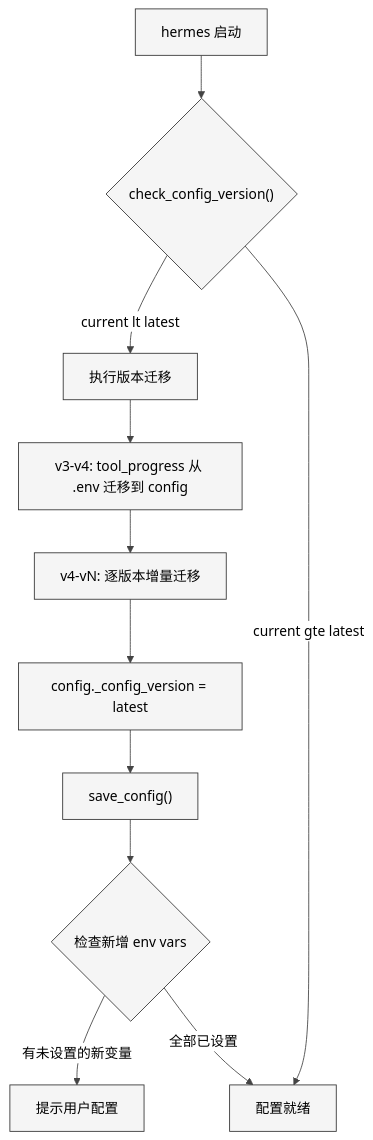
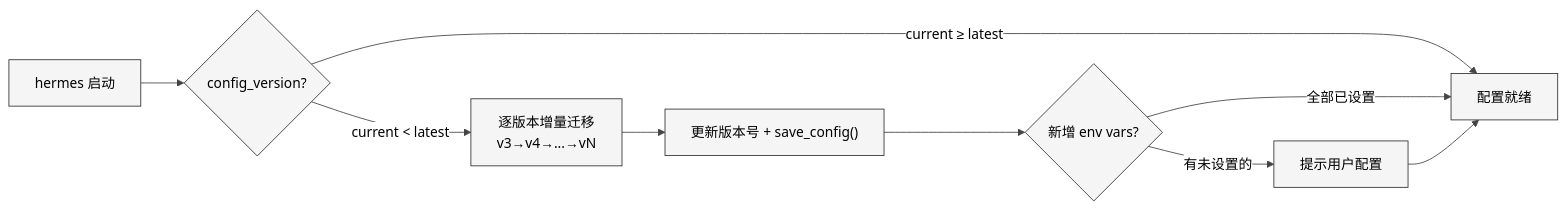
One commit to xiaonancs/hermes-agent-study changed the third of 3 diagrams in Part I 原理与使用/02-启动流程与配置系统.md. Above: the diagram before and after it, drawn with Mermaid. The commit also changed other lines of this file and 32 other files, not shown here.

First line of the commit message:
Mermaid 图表修复：白色背景板 + 长宽比优化

````diff
--- a/Part I 原理与使用/02-启动流程与配置系统.md
+++ b/Part I 原理与使用/02-启动流程与配置系统.md
@@ -140,14 +133,12 @@
 ```mermaid
 %%{init: {'theme': 'neutral', 'themeVariables': {'background': '#ffffff', 'primaryColor': '#f5f5f5', 'primaryTextColor': '#000000', 'primaryBorderColor': '#333333', 'lineColor': '#444444', 'textColor': '#000000', 'mainBkg': '#f5f5f5', 'nodeBorder': '#333333', 'edgeLabelBackground': '#ffffff'}}}%%
-flowchart TD
-    START["hermes 启动"] --> CHECK{"check_config_version()"}
-    CHECK -->|"current lt latest"| MIGRATE["执行版本迁移"]
-    CHECK -->|"current gte latest"| READY["配置就绪"]
-    MIGRATE --> V4["v3-v4: tool_progress 从 .env 迁移到 config"]
-    V4 --> VN["v4-vN: 逐版本增量迁移"]
-    VN --> BUMP["config._config_version = latest"]
-    BUMP --> SAVE["save_config()"]
-    SAVE --> ENVCHECK{"检查新增 env vars"}
-    ENVCHECK -->|"有未设置的新变量"| PROMPT["提示用户配置"]
+flowchart LR
+    START["hermes 启动"] --> CHECK{"config_version?"}
+    CHECK -->|"current ≥ latest"| READY["配置就绪"]
+    CHECK -->|"current < latest"| MIGRATE["逐版本增量迁移<br/>v3→v4→...→vN"]
+    MIGRATE --> SAVE["更新版本号 + save_config()"]
+    SAVE --> ENVCHECK{"新增 env vars?"}
+    ENVCHECK -->|"有未设置的"| PROMPT["提示用户配置"]
     ENVCHECK -->|"全部已设置"| READY
+    PROMPT --> READY
 ```
````
